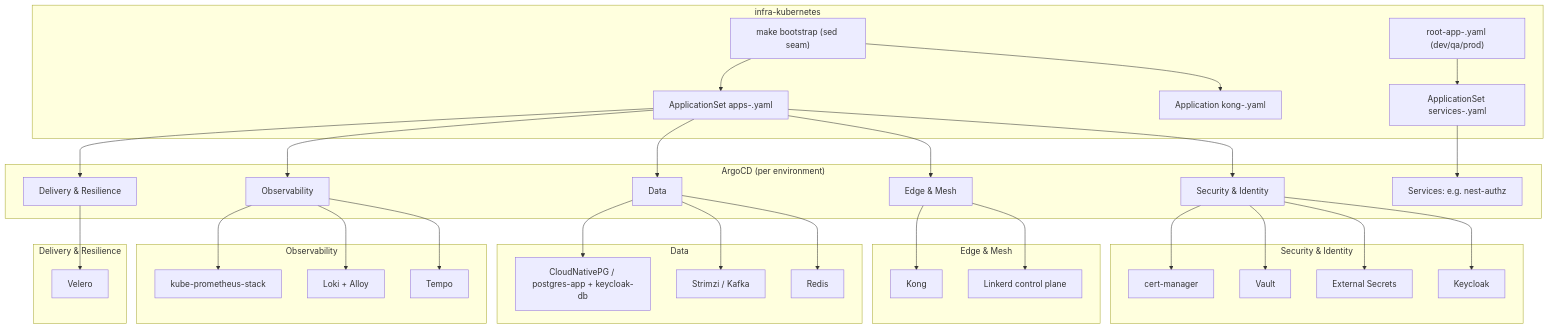
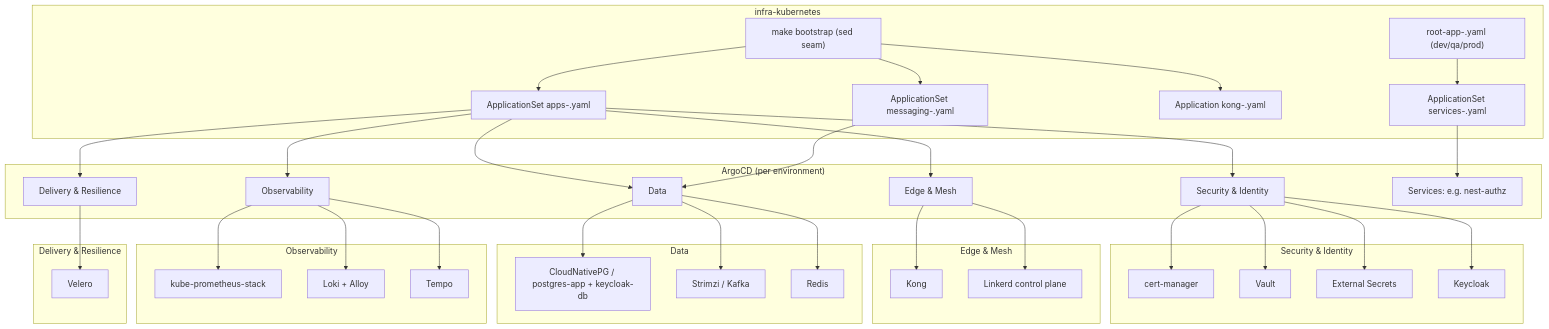
One commit to sca-templates/infra-kubernetes changed the first of 3 diagrams in docs/architecture.md. Above: the diagram before and after it, drawn with Mermaid. The commit also changed other lines of this file and 34 other files, not shown here.

````diff
--- a/docs/architecture.md
+++ b/docs/architecture.md
@@ -43,39 +46,41 @@
 ```mermaid
 graph TD
     subgraph Git["infra-kubernetes"]
         MK["make bootstrap (sed seam)"] --> B["ApplicationSet apps-<env>.yaml"]
+        MK --> M["ApplicationSet messaging-<env>.yaml"]
         MK --> K["Application kong-<env>.yaml"]
         A["root-app-<env>.yaml (dev/qa/prod)"] --> S["ApplicationSet services-<env>.yaml"]
     end
     subgraph ArgoCD["ArgoCD (per environment)"]
         B --> C[Security & Identity]
         B --> D[Edge & Mesh]
         B --> E[Data]
+        M --> E
         B --> F[Observability]
         B --> G[Delivery & Resilience]
         S --> SR[Services: e.g. nest-authz]
     end
     subgraph Security["Security & Identity"]
         C --> C1[cert-manager]
         C --> C2[Vault]
         C --> C3[External Secrets]
         C --> C4[Keycloak]
     end
     subgraph Edge["Edge & Mesh"]
         D --> D1[Kong]
         D --> D2[Linkerd control plane]
     end
     subgraph Data["Data"]
         E --> E1[CloudNativePG / postgres-app + keycloak-db]
         E --> E2[Strimzi / Kafka]
         E --> E3[Redis]
     end
     subgraph Obs["Observability"]
         F --> F1[kube-prometheus-stack]
         F --> F2[Loki + Alloy]
         F --> F3[Tempo]
     end
     subgraph Delivery["Delivery & Resilience"]
         G --> G2[Velero]
     end
 ```
````
